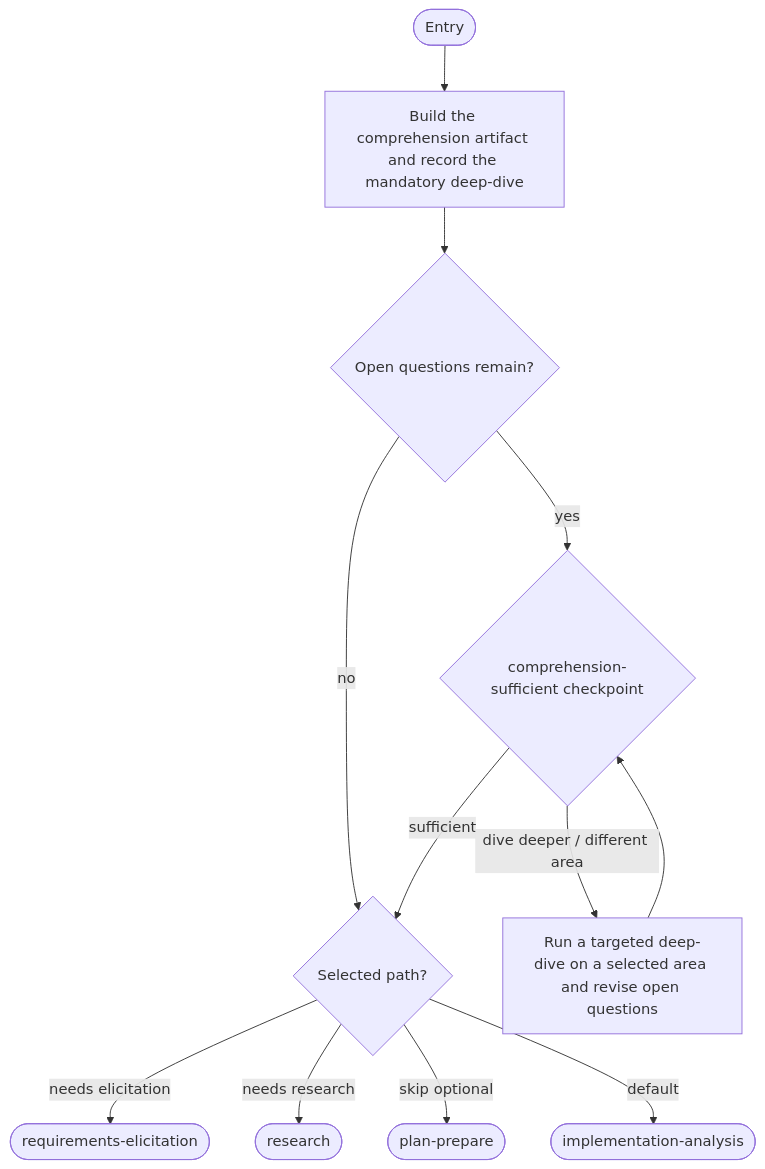
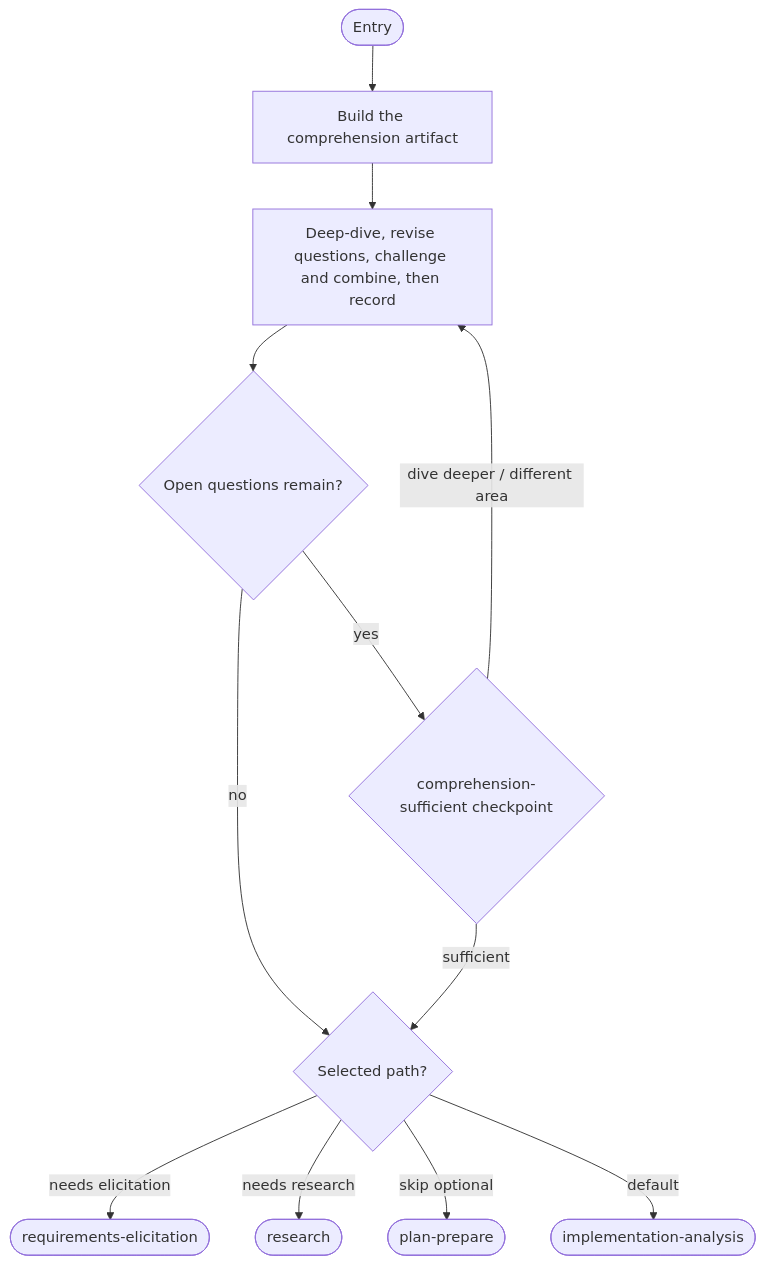
Before and after one commit to m2ux/workflow-server: the third of 15 diagrams in work-package/activities/README.md, drawn with Mermaid. The commit also changed other lines of this file and 1 other file, not shown here.

First line of the commit message:
Draw the workflow and activity diagrams from the binds

````diff
--- a/work-package/activities/README.md
+++ b/work-package/activities/README.md
@@ -86,16 +88,15 @@
 ```mermaid
 graph TD
-    entryNode(["Entry"]) --> buildComprehension["Build the comprehension artifact and record the mandatory deep-dive"]
-    buildComprehension --> hasOpen{"Open questions remain?"}
-    hasOpen -->|"no"| pathBranch
+    entryNode(["Entry"]) --> buildComprehension["Build the comprehension artifact"]
+    buildComprehension --> dive["Deep-dive, revise questions, challenge and combine, then record"]
+    dive --> hasOpen{"Open questions remain?"}
+    hasOpen -->|"no"| pathBranch{"Selected path?"}
     hasOpen -->|"yes"| cpSufficient{"comprehension-sufficient checkpoint"}
-    cpSufficient -->|"sufficient"| pathBranch{"Selected path?"}
-    cpSufficient -->|"dive deeper / different area"| selectArea["Run a targeted deep-dive on a selected area and revise open questions"]
-
-    selectArea --> cpSufficient
+    cpSufficient -->|"sufficient"| pathBranch
+    cpSufficient -->|"dive deeper / different area"| dive
 
     pathBranch -->|"needs elicitation"| exitElicit(["requirements-elicitation"])
     pathBranch -->|"needs research"| exitResearch(["research"])
     pathBranch -->|"skip optional"| exitPlan(["plan-prepare"])
     pathBranch -->|"default"| exitAnalysis(["implementation-analysis"])
 ```
````
